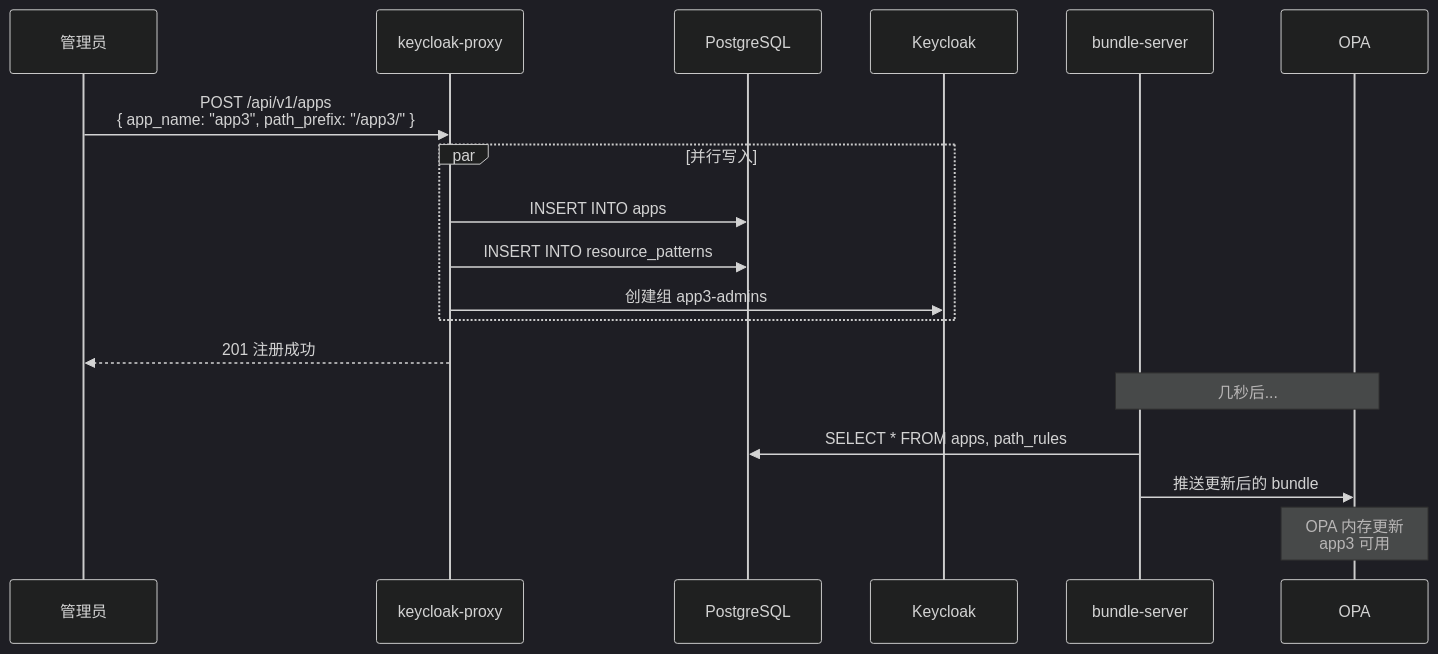
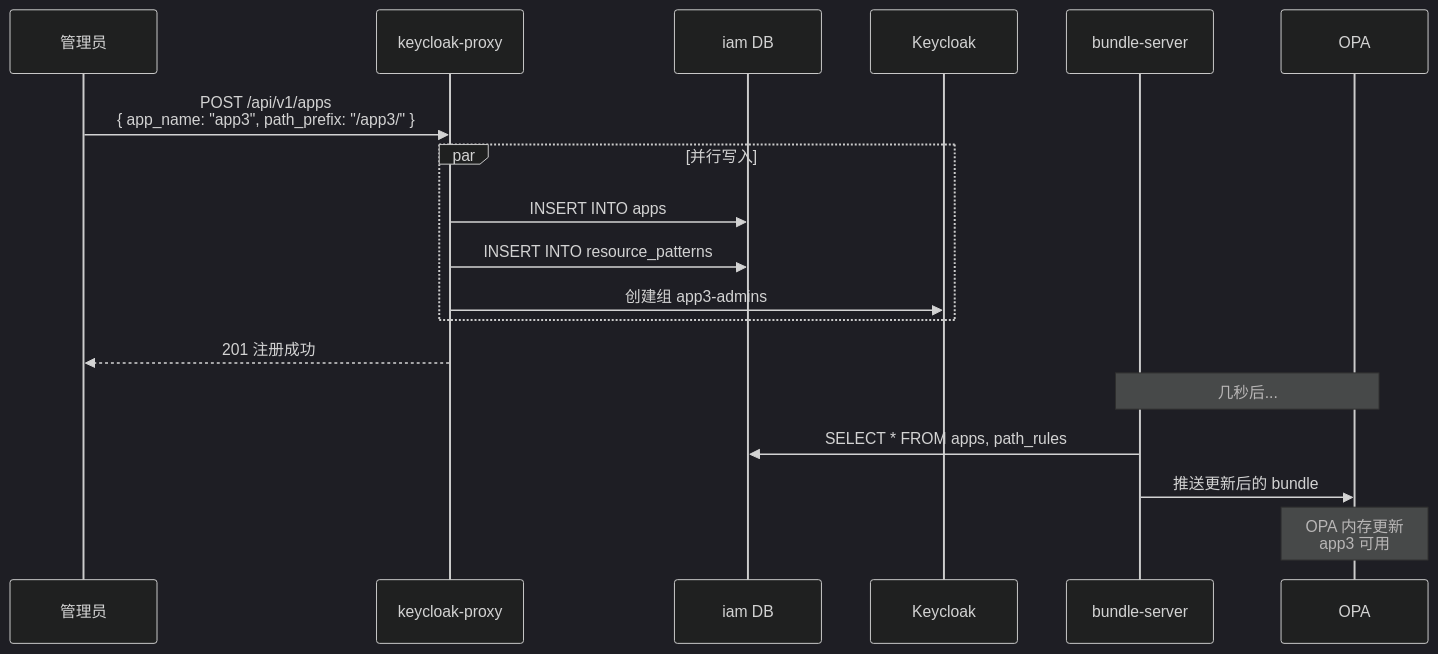
Before and after one commit to xiewanchao/aidp-iam: the ninth of 11 diagrams in diagrams/data-storage.md, drawn with Mermaid (dark theme). The commit also changed other lines of this file and 5 other files, not shown here.

````diff
--- a/diagrams/data-storage.md
+++ b/diagrams/data-storage.md
@@ -315,24 +489,24 @@
 ```mermaid
 sequenceDiagram
     participant ADMIN as 管理员
     participant KP as keycloak-proxy
-    participant PG as PostgreSQL
+    participant IAM as iam DB
     participant KC as Keycloak
     participant BS as bundle-server
     participant OPA as OPA
 
     ADMIN->>KP: POST /api/v1/apps<br/>{ app_name: "app3", path_prefix: "/app3/" }
 
     par 并行写入
-        KP->>PG: INSERT INTO apps
-        KP->>PG: INSERT INTO resource_patterns
+        KP->>IAM: INSERT INTO apps
+        KP->>IAM: INSERT INTO resource_patterns
         KP->>KC: 创建组 app3-admins
     end
 
     KP-->>ADMIN: 201 注册成功
 
     Note over BS,OPA: 几秒后...
-    BS->>PG: SELECT * FROM apps, path_rules
+    BS->>IAM: SELECT * FROM apps, path_rules
     BS->>OPA: 推送更新后的 bundle
     Note over OPA: OPA 内存更新<br/>app3 可用
 ```
````
